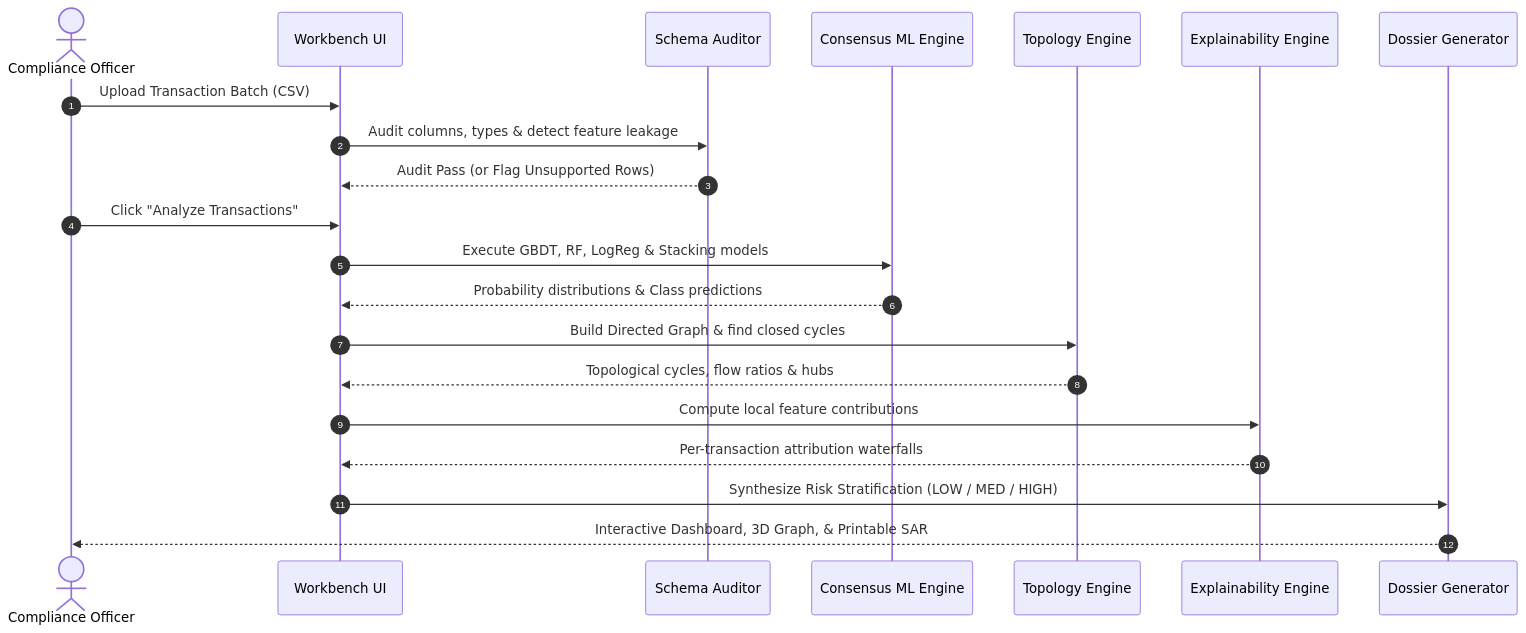
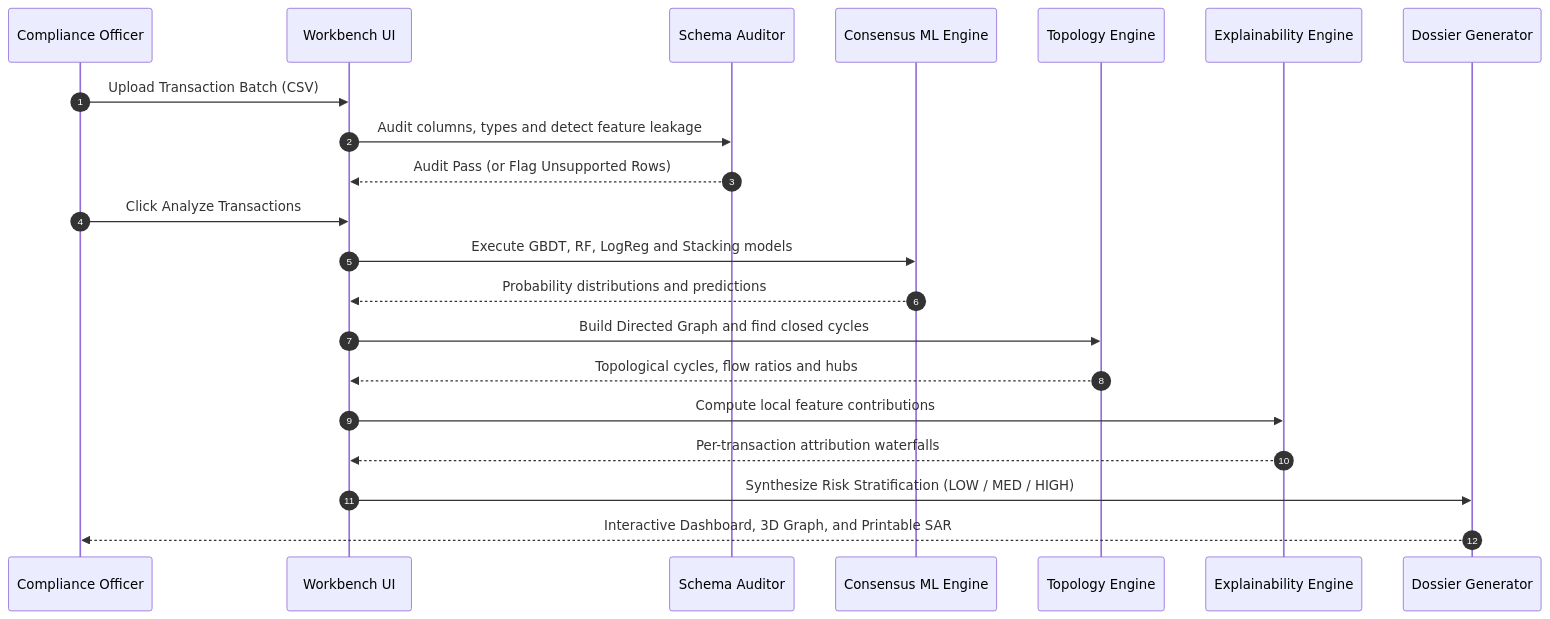
One commit to Sharuk099/Ai-Based-AML-Detection changed the second of 2 diagrams in README.md. Above: the diagram before and after it, drawn with Mermaid. The commit also changed other lines of this file and 1 other file, not shown here.

First line of the commit message:
docs: update system architecture diagram in README

````diff
--- a/README.md
+++ b/README.md
@@ -97,24 +115,24 @@
 ```mermaid
 sequenceDiagram
     autonumber
-    actor Officer as Compliance Officer
+    participant Officer as Compliance Officer
     participant UI as Workbench UI
     participant Audit as Schema Auditor
     participant ML as Consensus ML Engine
     participant Graph as Topology Engine
     participant XAI as Explainability Engine
     participant SAR as Dossier Generator
 
     Officer->>UI: Upload Transaction Batch (CSV)
-    UI->>Audit: Audit columns, types & detect feature leakage
+    UI->>Audit: Audit columns, types and detect feature leakage
     Audit-->>UI: Audit Pass (or Flag Unsupported Rows)
-    Officer->>UI: Click "Analyze Transactions"
-    UI->>ML: Execute GBDT, RF, LogReg & Stacking models
-    ML-->>UI: Probability distributions & Class predictions
-    UI->>Graph: Build Directed Graph & find closed cycles
-    Graph-->>UI: Topological cycles, flow ratios & hubs
+    Officer->>UI: Click Analyze Transactions
+    UI->>ML: Execute GBDT, RF, LogReg and Stacking models
+    ML-->>UI: Probability distributions and predictions
+    UI->>Graph: Build Directed Graph and find closed cycles
+    Graph-->>UI: Topological cycles, flow ratios and hubs
     UI->>XAI: Compute local feature contributions
     XAI-->>UI: Per-transaction attribution waterfalls
     UI->>SAR: Synthesize Risk Stratification (LOW / MED / HIGH)
-    SAR-->>Officer: Interactive Dashboard, 3D Graph, & Printable SAR
+    SAR-->>Officer: Interactive Dashboard, 3D Graph, and Printable SAR
 ```
````
